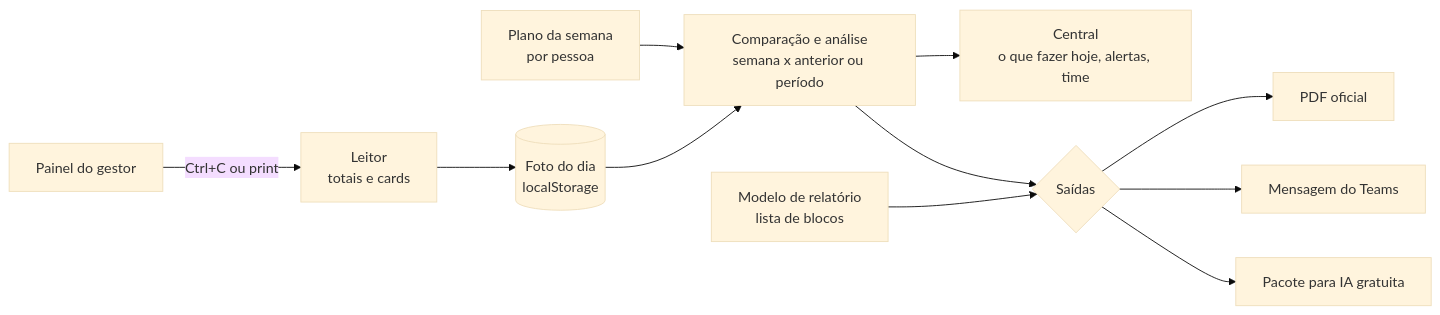
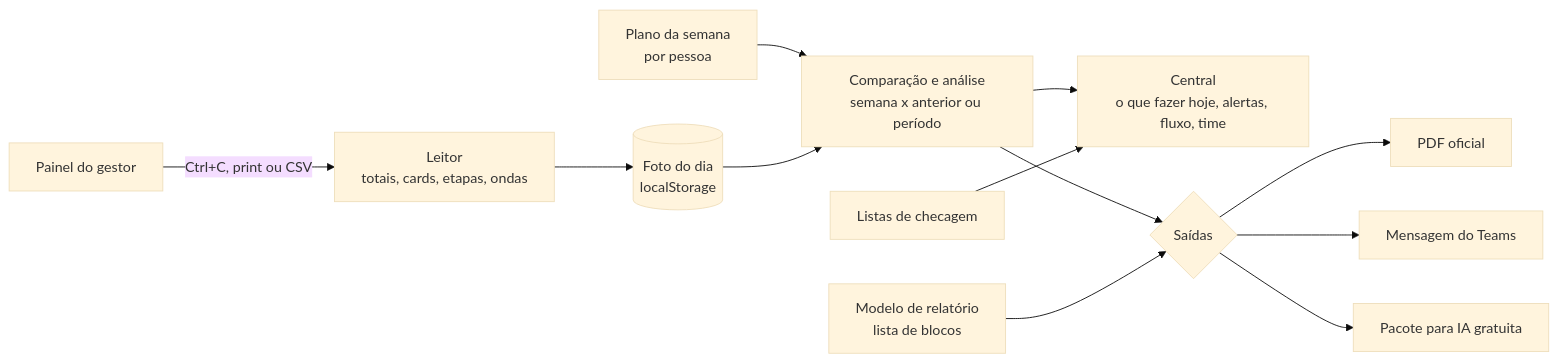
Before and after one commit to MarianaPlauska/gerador-relat-rio: the diagram in README.md, drawn with Mermaid (base theme). The commit also changed other lines of this file and 3 other files, not shown here.

````diff
--- a/README.md
+++ b/README.md
@@ -20,13 +24,14 @@
 ```mermaid
 flowchart LR
-  P[Painel do gestor] -->|Ctrl+C ou print| L[Leitor<br/>totais e cards]
+  P[Painel do gestor] -->|Ctrl+C, print ou CSV| L[Leitor<br/>totais, cards, etapas, ondas]
   L --> F[(Foto do dia<br/>localStorage)]
   PL[Plano da semana<br/>por pessoa] --> A
   F --> A[Comparação e análise<br/>semana x anterior ou período]
-  A --> C[Central<br/>o que fazer hoje, alertas, time]
+  A --> C[Central<br/>o que fazer hoje, alertas, fluxo, time]
+  LI[Listas de checagem] --> C
   A --> S{Saídas}
   M[Modelo de relatório<br/>lista de blocos] --> S
   S --> PDF[PDF oficial]
   S --> T[Mensagem do Teams]
   S --> IA[Pacote para IA gratuita]
 ```
````
